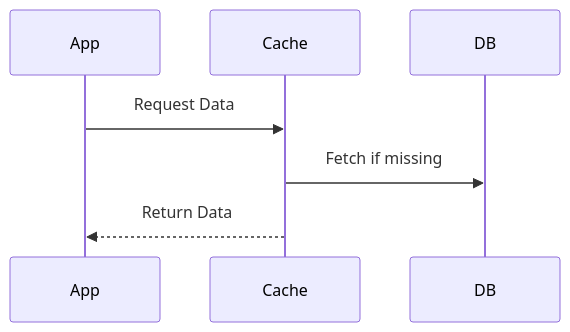
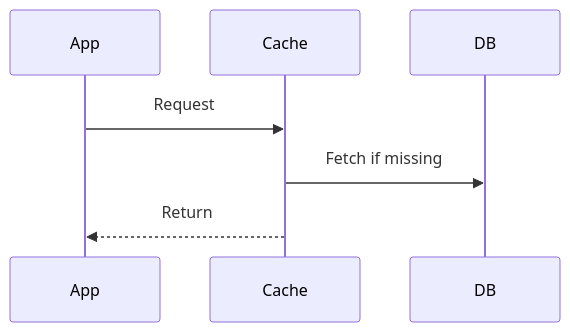
Before and after one commit to spandit230496/design_pattern: the fifth of 10 diagrams in HLD/Concepts/Caching/readme.md, drawn with Mermaid. The commit also changed other lines of this file, not shown here.

Commit message:
add:cache design

````diff
--- a/HLD/Concepts/Caching/readme.md
+++ b/HLD/Concepts/Caching/readme.md
@@ -129,10 +101,10 @@
 ```mermaid
 sequenceDiagram
     participant App
     participant Cache
     participant DB
 
-    App->>Cache: Request Data
+    App->>Cache: Request
     Cache->>DB: Fetch if missing
-    Cache-->>App: Return Data
+    Cache-->>App: Return
 ```
````
